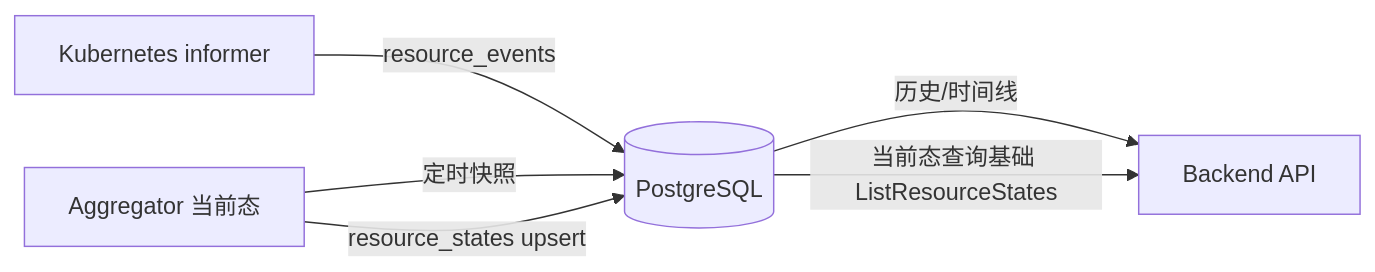
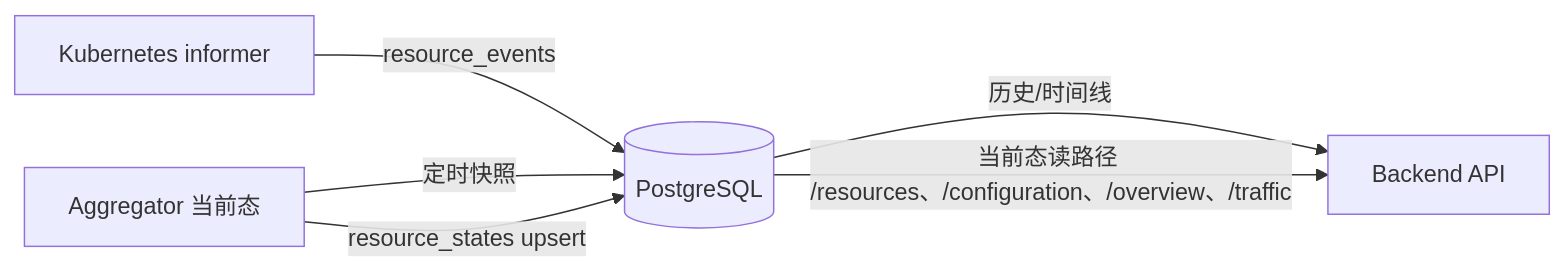
The diagram in change-history/2026-08-16-database-lifecycle/README.md (3900563672/hello-k8s-ai), drawn with Mermaid before and after one commit. The commit also changed other lines of this file and 5 other files, not shown here.

````diff
--- a/change-history/2026-08-16-database-lifecycle/README.md
+++ b/change-history/2026-08-16-database-lifecycle/README.md
@@ -16,8 +16,8 @@
 ```mermaid
 flowchart LR
   K["Kubernetes informer"] -->|resource_events| DB[(PostgreSQL)]
   A["Aggregator 当前态"] -->|定时快照| DB
   A -->|resource_states upsert| DB
   DB -->|历史/时间线| API["Backend API"]
-  DB -->|当前态查询基础 ListResourceStates| API
+  DB -->|当前态读路径 /resources、/configuration、/overview、/traffic| API
 ```
````
